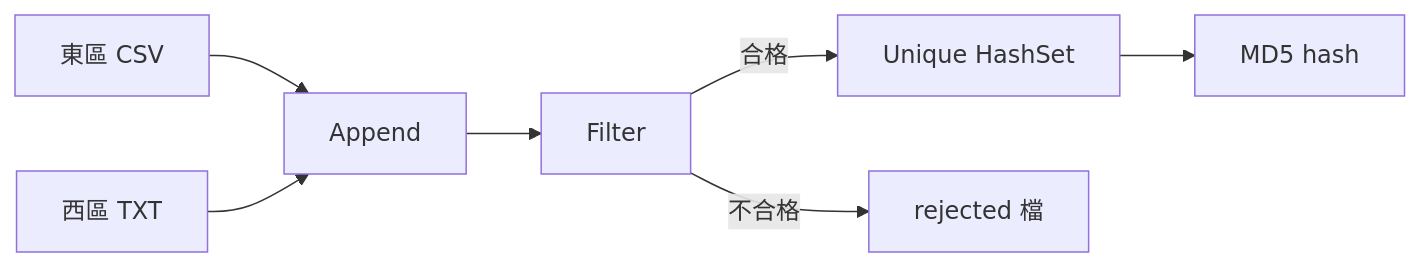
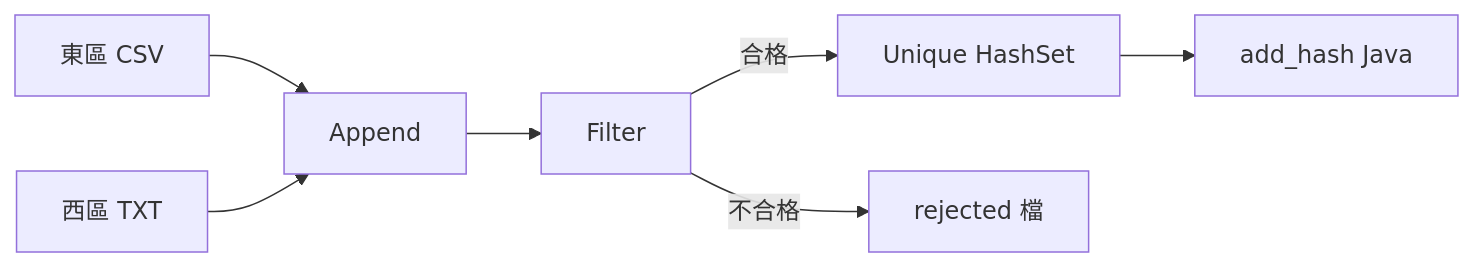
Before and after one commit to MCintheHOWSE/ai-fullstack-portfolio: the diagram in ETL ENGINEER/portfolio/e1-data-quality/README.md, drawn with Mermaid. The commit also changed other lines of this file and 2 other files, not shown here.

Commit message:
Correct E1 docs: record_hash uses Java Expression, not Calculator MD5.

````diff
--- a/ETL ENGINEER/portfolio/e1-data-quality/README.md
+++ b/ETL ENGINEER/portfolio/e1-data-quality/README.md
@@ -22,9 +22,9 @@
 ```mermaid
 flowchart LR
   east[東區 CSV] --> append[Append]
   west[西區 TXT] --> append
   append --> filter[Filter]
   filter -->|合格| dedupe[Unique HashSet]
   filter -->|不合格| rejected[rejected 檔]
-  dedupe --> hash[MD5 hash]
+  dedupe --> hash[add_hash Java]
 ```
````
